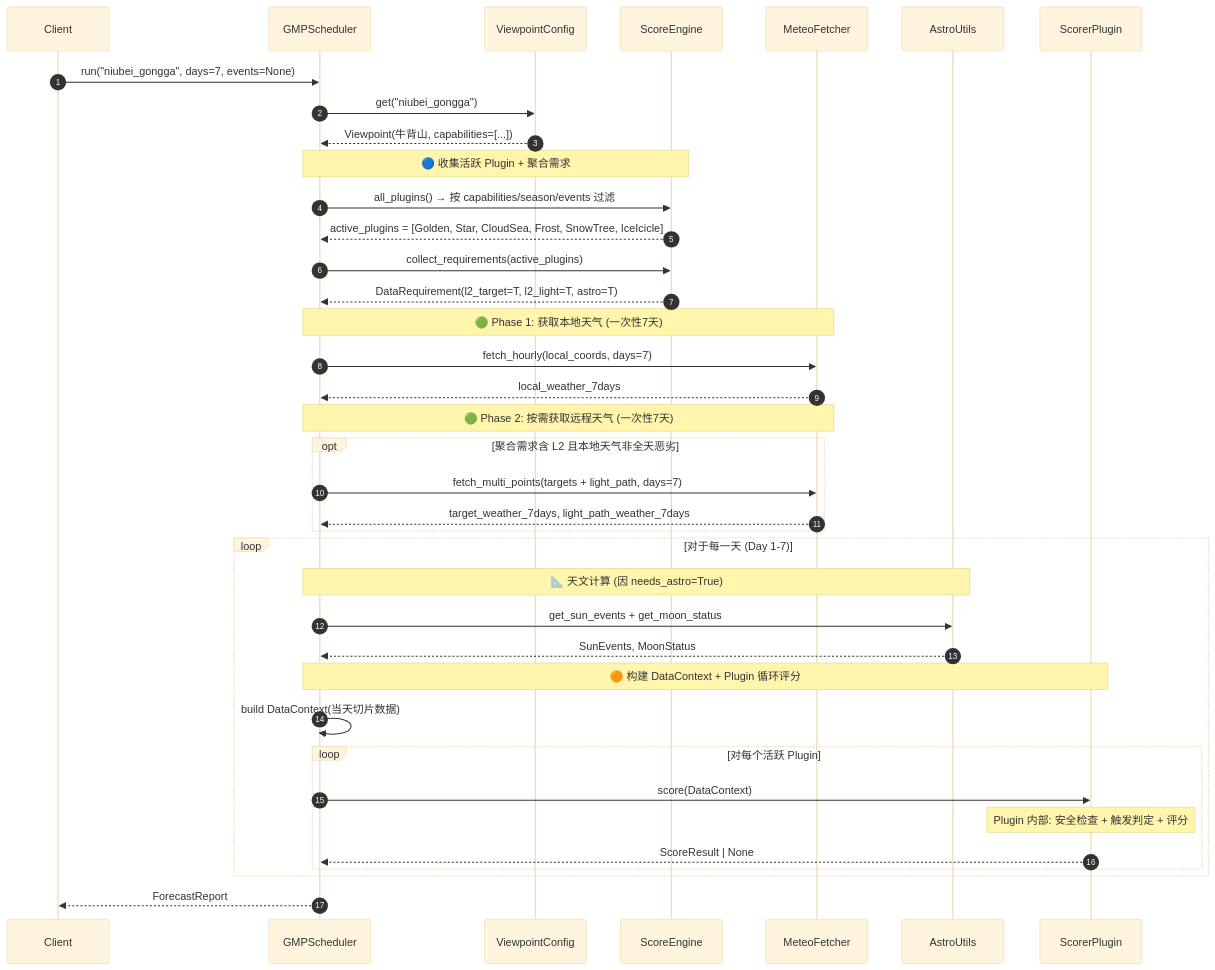
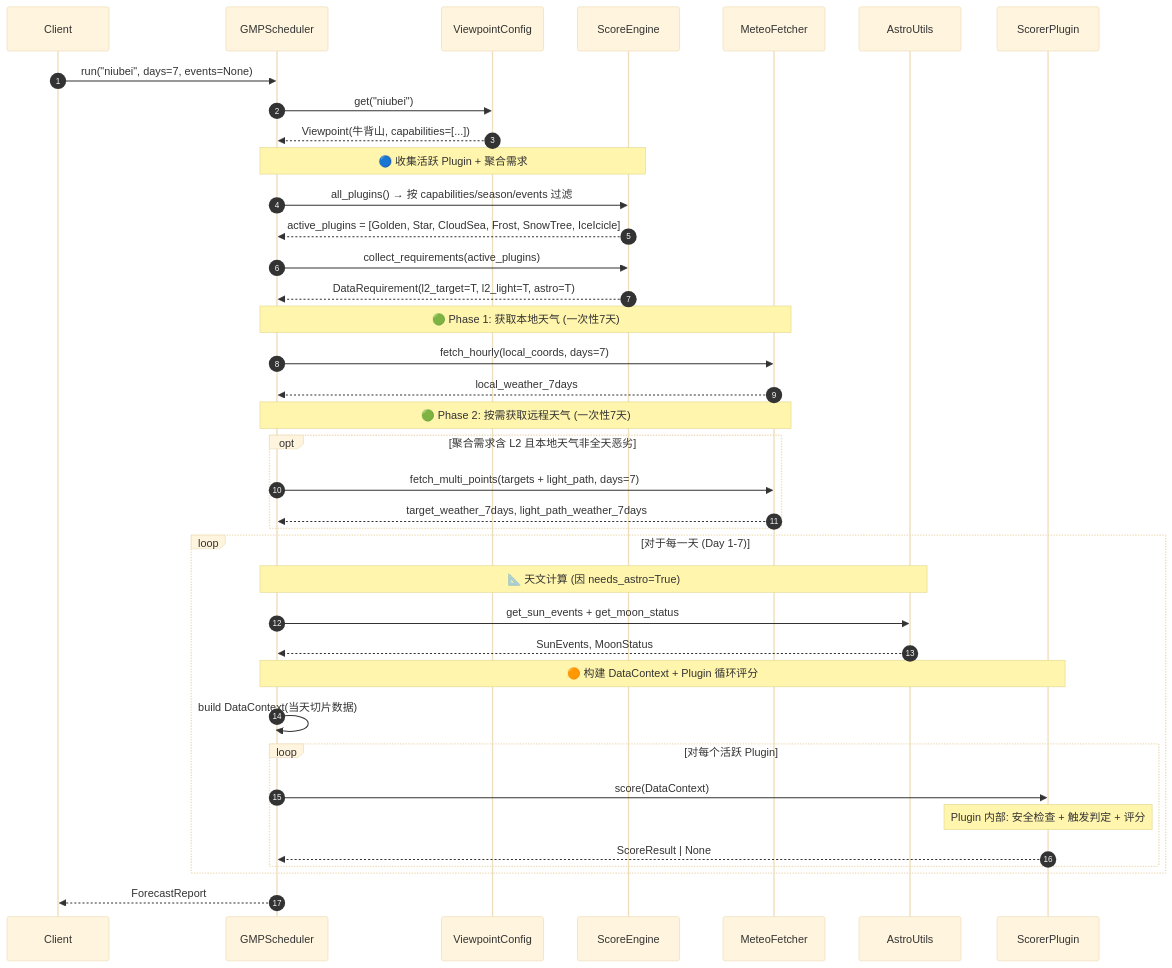
One commit to mpb159753/golden-moment-predictor changed the fifth of 12 diagrams in design/06-class-sequence.md. Above: the diagram before and after it, drawn with Mermaid (base theme). The commit also changed other lines of this file and 81 other files, not shown here.

````diff
--- a/design/06-class-sequence.md
+++ b/design/06-class-sequence.md
@@ -342,47 +342,47 @@
 ```mermaid
 sequenceDiagram
     autonumber
     participant C as Client
     participant S as GMPScheduler
     participant VC as ViewpointConfig
     participant SE as ScoreEngine
     participant MF as MeteoFetcher
     participant AU as AstroUtils
     participant P as ScorerPlugin
 
-    C->>S: run("niubei_gongga", days=7, events=None)
-    S->>VC: get("niubei_gongga")
+    C->>S: run("niubei", days=7, events=None)
+    S->>VC: get("niubei")
     VC-->>S: Viewpoint(牛背山, capabilities=[...])
 
     Note over S,SE: 🔵 收集活跃 Plugin + 聚合需求
     S->>SE: all_plugins() → 按 capabilities/season/events 过滤
     SE-->>S: active_plugins = [Golden, Star, CloudSea, Frost, SnowTree, IceIcicle]
     S->>SE: collect_requirements(active_plugins)
     SE-->>S: DataRequirement(l2_target=T, l2_light=T, astro=T)
 
     Note over S,MF: 🟢 Phase 1: 获取本地天气 (一次性7天)
     S->>MF: fetch_hourly(local_coords, days=7)
     MF-->>S: local_weather_7days
 
     Note over S,MF: 🟢 Phase 2: 按需获取远程天气 (一次性7天)
     opt 聚合需求含 L2 且本地天气非全天恶劣
         S->>MF: fetch_multi_points(targets + light_path, days=7)
         MF-->>S: target_weather_7days, light_path_weather_7days
     end
 
     loop 对于每一天 (Day 1-7)
         Note over S,AU: 📐 天文计算 (因 needs_astro=True)
         S->>AU: get_sun_events + get_moon_status
         AU-->>S: SunEvents, MoonStatus
 
         Note over S,P: 🟠 构建 DataContext + Plugin 循环评分
         S->>S: build DataContext(当天切片数据)
         loop 对每个活跃 Plugin
             S->>P: score(DataContext)
             Note over P: Plugin 内部: 安全检查 + 触发判定 + 评分
             P-->>S: ScoreResult | None
         end
     end
 
     S-->>C: ForecastReport
 ```
````
